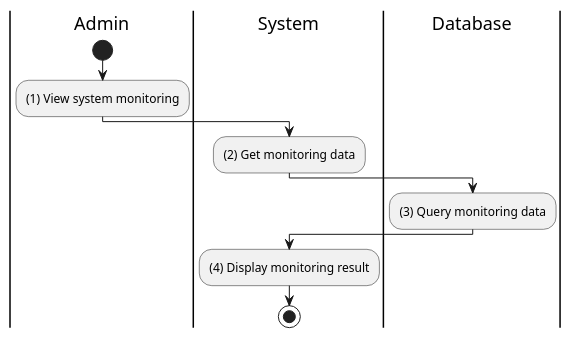
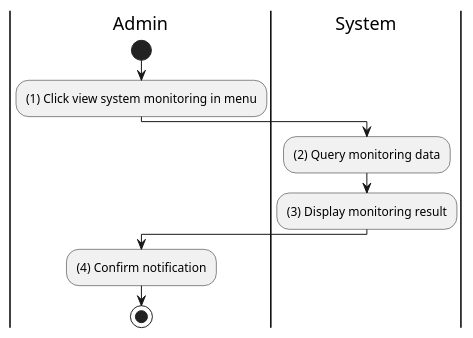
Before and after one commit to electricilies/electricilies.github.io: the diagram in docs/software-docs/activity/view-system-monitoring/view-system-monitoring.md, drawn with PlantUML. The commit also changed 47 other files, not shown here.

````diff
--- a/docs/software-docs/activity/view-system-monitoring/view-system-monitoring.md
+++ b/docs/software-docs/activity/view-system-monitoring/view-system-monitoring.md
@@ -3,19 +3,16 @@
 ```plantuml
 @startuml
 |A|Admin
 |S|System
-|D|Database
 
 |A|
 start
-:(1) View system monitoring;
+:(1) Click view system monitoring in menu;
 |S|
-:(2) Get monitoring data;
-|D|
-:(3) Query monitoring data;
-|S|
-:(4) Display monitoring result;
+:(2) Query monitoring data;
+:(3) Display monitoring result;
+|A|
+:(4) Confirm notification;
 stop
-
 @enduml
 ```
````
